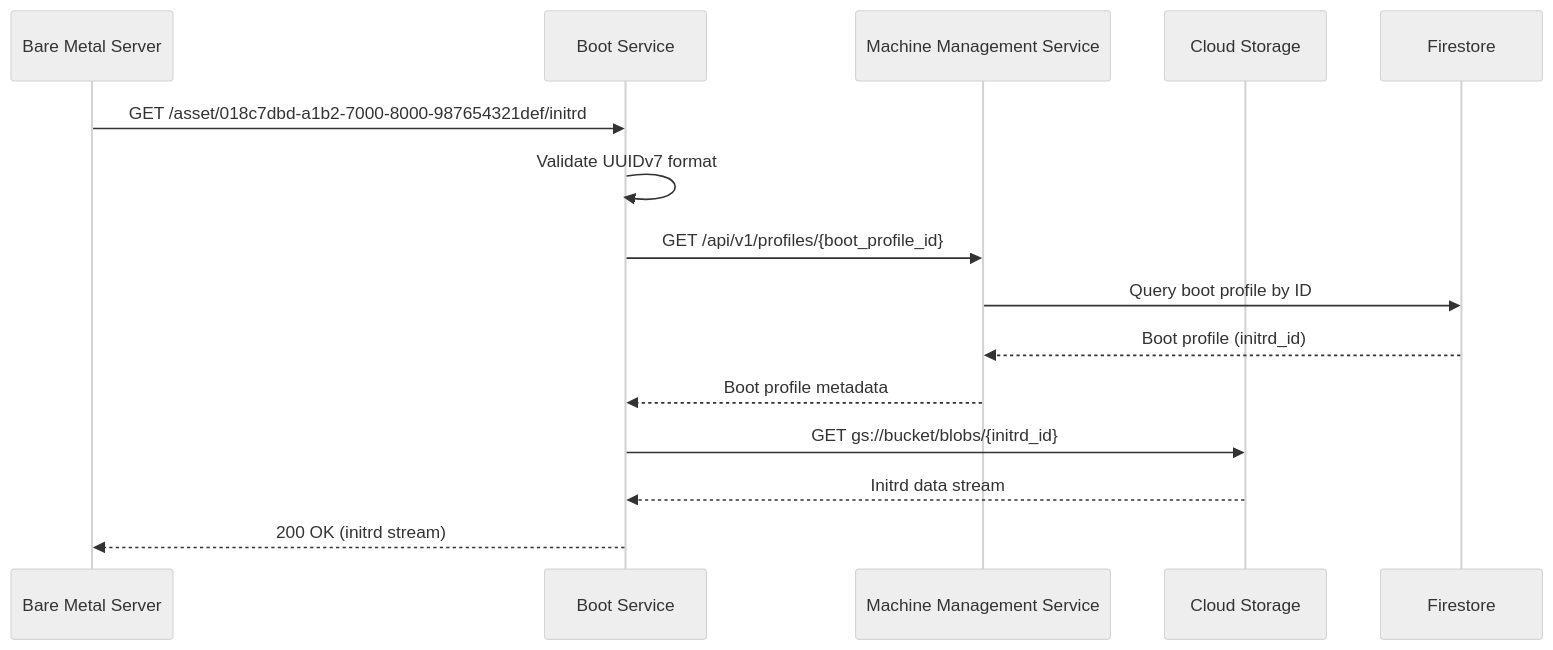
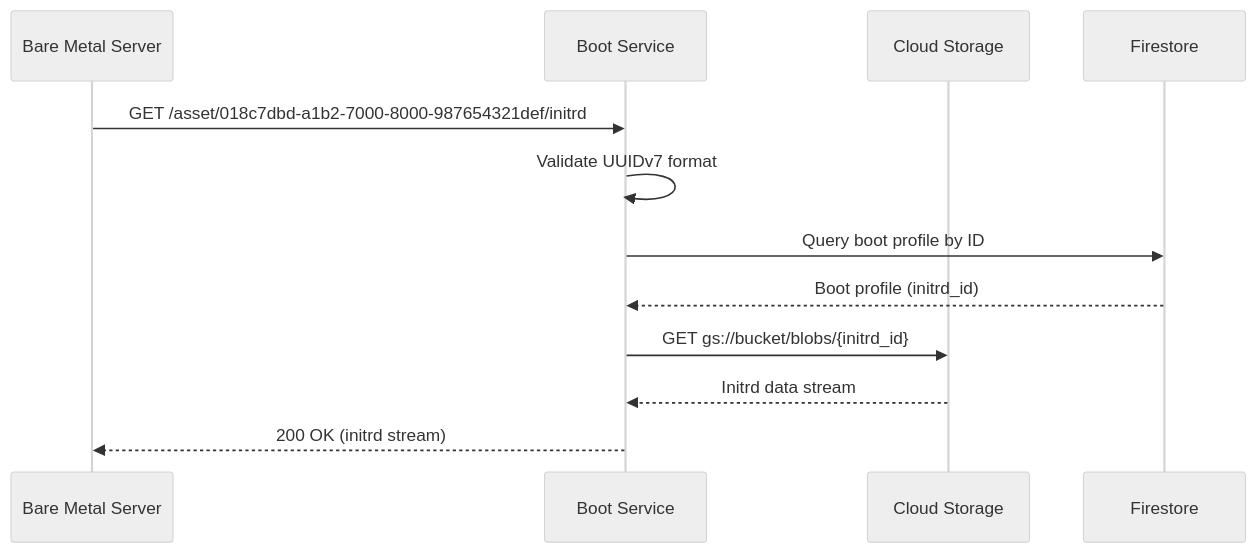
The third of 3 diagrams in docs/content/r&d/services/boot/uefi-boot-endpoints.md (Zaba505/infra), drawn with Mermaid (neutral theme) before and after one commit. The commit also changed other lines of this file and 4 other files, not shown here.

````diff
--- a/docs/content/r&d/services/boot/uefi-boot-endpoints.md
+++ b/docs/content/r&d/services/boot/uefi-boot-endpoints.md
@@ -163,18 +158,15 @@
 ```mermaid
 sequenceDiagram
     participant Client as Bare Metal Server
     participant Boot as Boot Service
-    participant MgmtAPI as Machine Management Service
     participant Storage as Cloud Storage
     participant DB as Firestore
     
     Client->>Boot: GET /asset/018c7dbd-a1b2-7000-8000-987654321def/initrd
     Boot->>Boot: Validate UUIDv7 format
-    Boot->>MgmtAPI: GET /api/v1/profiles/{boot_profile_id}
-    MgmtAPI->>DB: Query boot profile by ID
-    DB-->>MgmtAPI: Boot profile (initrd_id)
-    MgmtAPI-->>Boot: Boot profile metadata
+    Boot->>DB: Query boot profile by ID
+    DB-->>Boot: Boot profile (initrd_id)
     Boot->>Storage: GET gs://bucket/blobs/{initrd_id}
     Storage-->>Boot: Initrd data stream
     Boot-->>Client: 200 OK (initrd stream)
 ```
````
